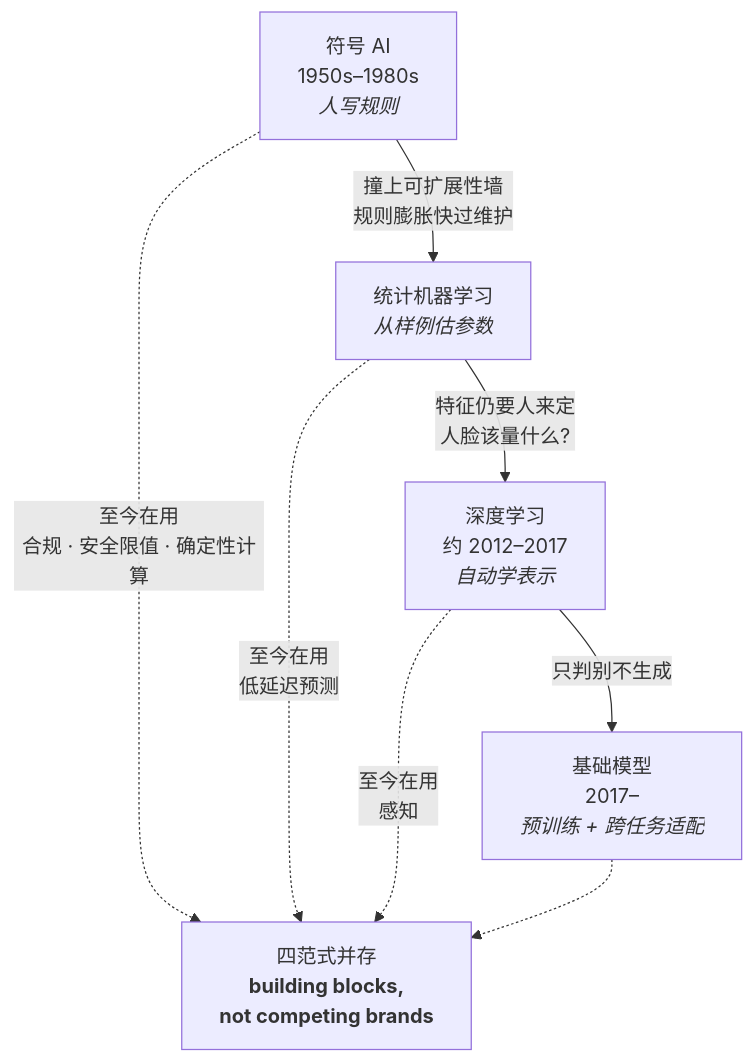
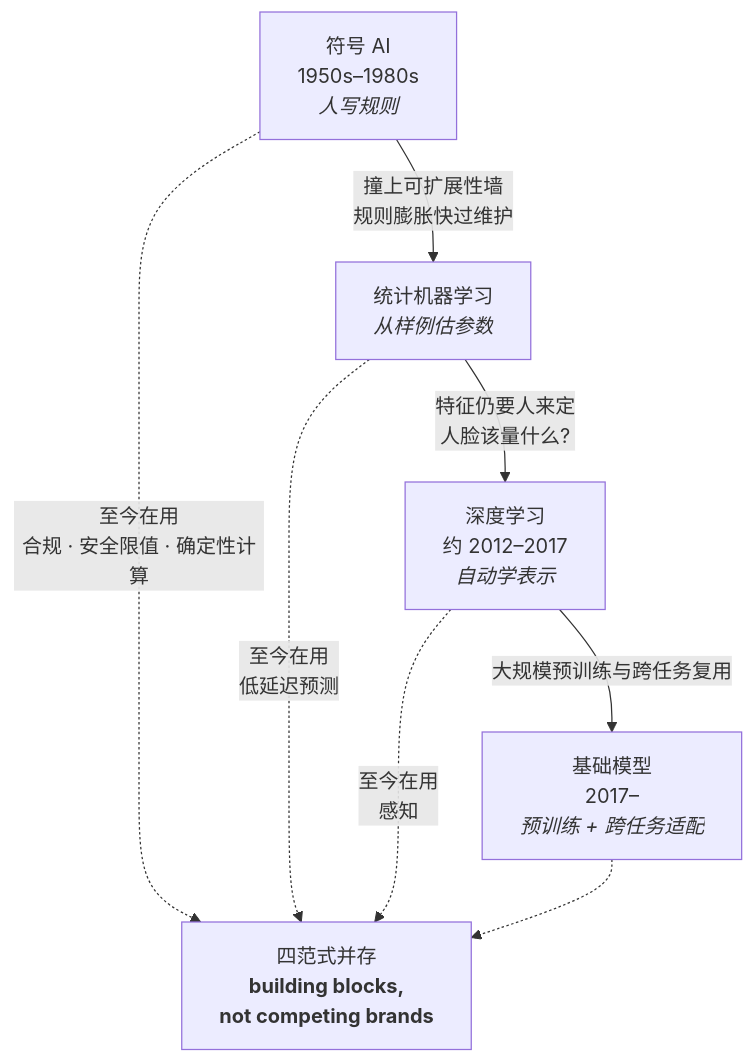
Before and after one commit to CercaTrovato/cityu-ai-course-notes: the seventh of 10 diagrams in IS5542_GenAI_in_Business/notes/M01-导论-生成式AI基础与企业落地.md, drawn with Mermaid. The commit also changed other lines of this file and 116 other files, not shown here.

````diff
--- a/IS5542_GenAI_in_Business/notes/M01-导论-生成式AI基础与企业落地.md
+++ b/IS5542_GenAI_in_Business/notes/M01-导论-生成式AI基础与企业落地.md
@@ -1896,10 +2151,10 @@
 ```mermaid
 flowchart TD
     A["符号 AI<br>1950s–1980s<br><i>人写规则</i>"] -->|"撞上可扩展性墙<br>规则膨胀快过维护"| B["统计机器学习<br><i>从样例估参数</i>"]
     B -->|"特征仍要人来定<br>人脸该量什么?"| C["深度学习<br>约 2012–2017<br><i>自动学表示</i>"]
-    C -->|"只判别不生成"| D["基础模型<br>2017–<br><i>预训练 + 跨任务适配</i>"]
+    C -->|"大规模预训练与跨任务复用"| D["基础模型<br>2017–<br><i>预训练 + 跨任务适配</i>"]
     A -.->|"至今在用<br>合规 · 安全限值 · 确定性计算"| E["四范式并存<br><b>building blocks,<br>not competing brands</b>"]
     B -.->|"至今在用<br>低延迟预测"| E
     C -.->|"至今在用<br>感知"| E
     D -.-> E
 ```
````
